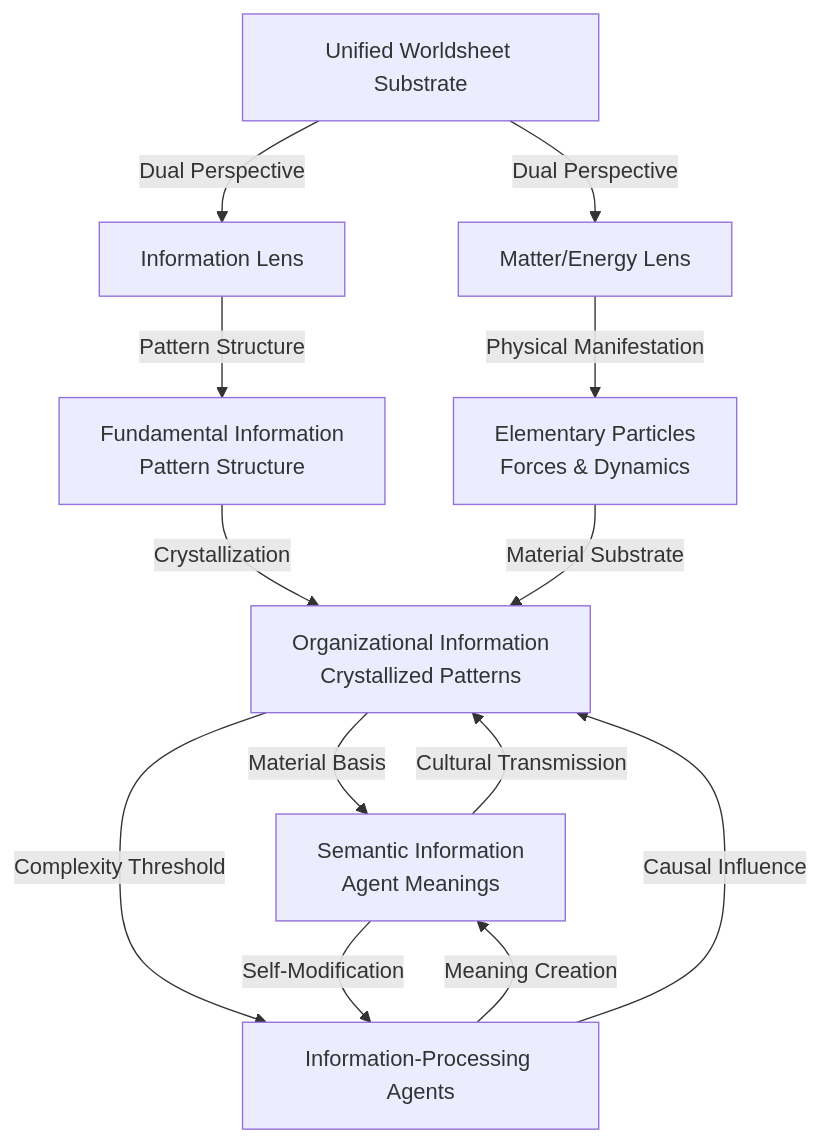
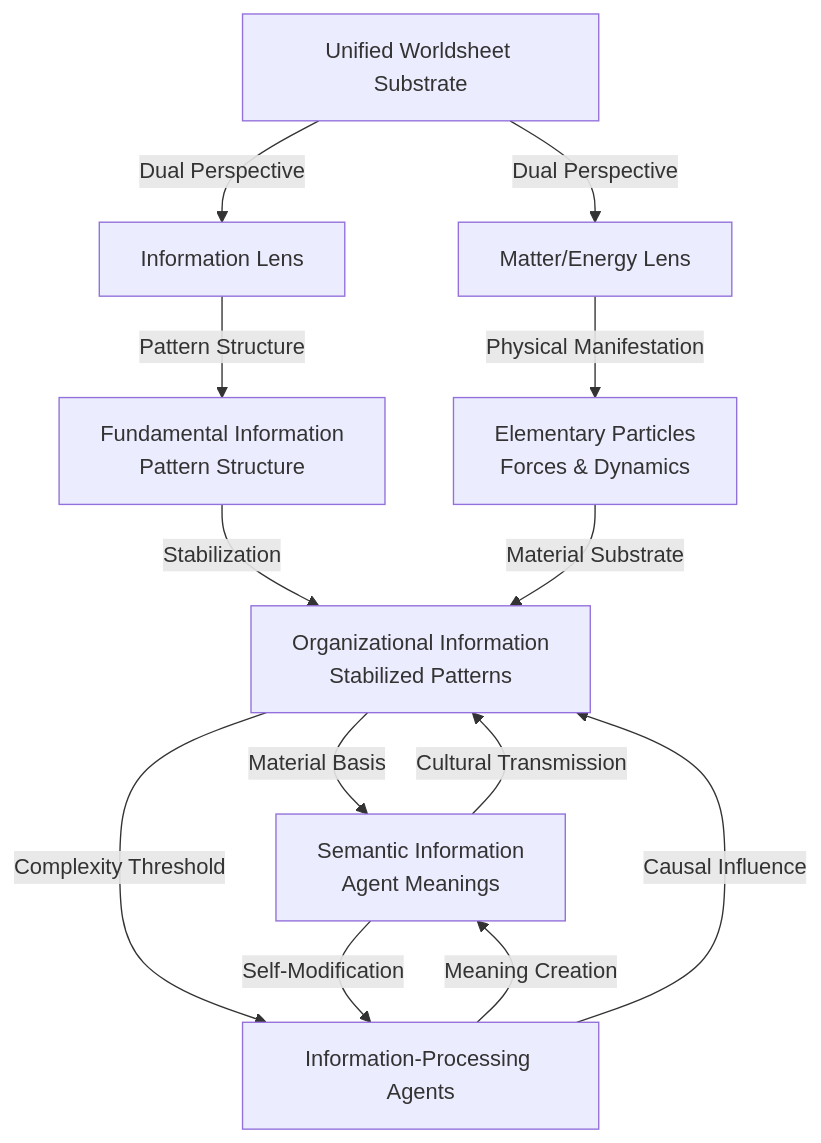
The diagram in docs/02-oneness-interconnectedness/2-oneness-interconnectedness.md (Staphylococcus/brain-from-brane), drawn with Mermaid before and after one commit. The commit also changed other lines of this file and 3 other files, not shown here.

````diff
--- a/docs/02-oneness-interconnectedness/2-oneness-interconnectedness.md
+++ b/docs/02-oneness-interconnectedness/2-oneness-interconnectedness.md
@@ -52,17 +52,17 @@
 ```mermaid
 graph TD
     A["Unified Worldsheet Substrate"] -->|"Dual Perspective"| B["Matter/Energy Lens"]
     A -->|"Dual Perspective"| C["Information Lens"]
     
     B -->|"Physical Manifestation"| D["Elementary Particles<br/>Forces & Dynamics"]
     C -->|"Pattern Structure"| E["Fundamental Information<br/>Pattern Structure"]
-      E -->|"Crystallization"| F["Organizational Information<br/>Crystallized Patterns"]
+      E -->|"Stabilization"| F["Organizational Information<br/>Stabilized Patterns"]
     F -->|"Material Basis"| G["Semantic Information<br/>Agent Meanings"]
     
     H["Information-Processing Agents"] -->|"Meaning Creation"| G
     F -->|"Complexity Threshold"| H
     G -->|"Self-Modification"| H
     H -->|"Causal Influence"| F
     D -->|"Material Substrate"| F
     G -->|"Cultural Transmission"| F
 ```
````
